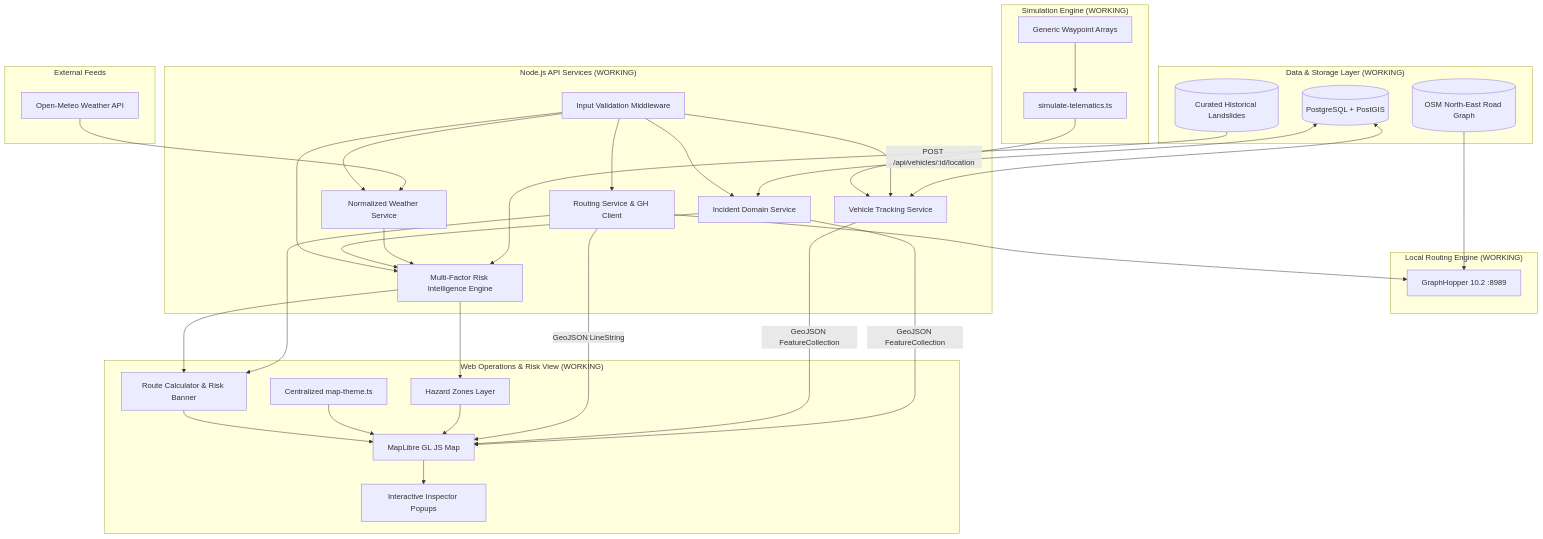
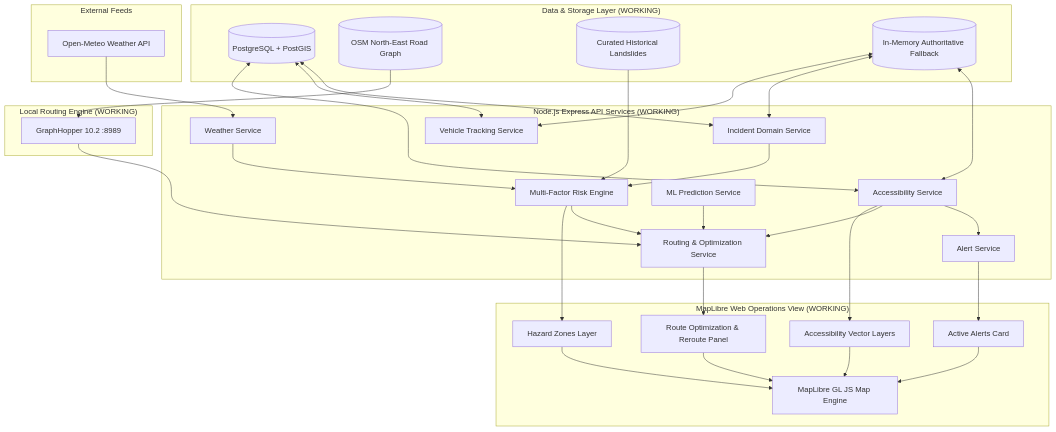
One commit to ParthKaretiya/team-saura-sih26002 changed the diagram in docs/architecture.md. Above: the diagram before and after it, drawn with Mermaid. The commit also changed other lines of this file and 3 other files, not shown here.

Commit message:
docs(accessibility): document accessibility and alert contracts

````diff
--- a/docs/architecture.md
+++ b/docs/architecture.md
@@ -32,62 +33,64 @@
 ```mermaid
 graph TD
-    %% PostGIS & Data
+    %% Storage & Data Sources
     subgraph Data_Layer ["Data & Storage Layer (WORKING)"]
         PostGIS[(PostgreSQL + PostGIS)]
         OSMGraph[(OSM North-East Road Graph)]
         HistCatalog[(Curated Historical Landslides)]
+        InMemory[(In-Memory Authoritative Fallback)]
     end
 
-    %% External Feeds
+    %% External Services
     subgraph External_Feeds ["External Feeds"]
         OpenMeteo[Open-Meteo Weather API]
     end
 
-    %% Routing Engine
+    %% Local Routing Service
     subgraph Routing_Engine ["Local Routing Engine (WORKING)"]
         GH[GraphHopper 10.2 :8989]
     end
 
-    %% Backend Services
-    subgraph API_Services ["Node.js API Services (WORKING)"]
-        WeatherSvc[Normalized Weather Service]
+    %% API Backend Layer
+    subgraph API_Services ["Node.js Express API Services (WORKING)"]
+        WeatherSvc[Weather Service]
         IncidentSvc[Incident Domain Service]
         VehicleSvc[Vehicle Tracking Service]
-        RoutingSvc[Routing Service & GH Client]
-        RiskSvc[Multi-Factor Risk Intelligence Engine]
-        Validator[Input Validation Middleware]
+        AccessibilitySvc[Accessibility Service]
+        AlertSvc[Alert Service]
+        RoutingSvc[Routing & Optimization Service]
+        RiskSvc[Multi-Factor Risk Engine]
+        MLSvc[ML Prediction Service]
     end
 
-    %% Telemetry Simulation
-    subgraph Sim_Engine ["Simulation Engine (WORKING)"]
-        Waypoints[Generic Waypoint Arrays] --> SimScript[simulate-telematics.ts]
-    end
-
-    %% Frontend Web
-    subgraph Web_Client ["Web Operations & Risk View (WORKING)"]
-        MapLibre[MapLibre GL JS Map]
-        ThemeCfg[Centralized map-theme.ts]
-        RouteUI[Route Calculator & Risk Banner]
+    %% Frontend Web Client
+    subgraph Web_Client ["MapLibre Web Operations View (WORKING)"]
+        MapLibre[MapLibre GL JS Map Engine]
+        RouteUI[Route Optimization & Reroute Panel]
+        AlertHUD[Active Alerts Card]
+        AccLayers[Accessibility Vector Layers]
         HazardOverlay[Hazard Zones Layer]
-        Popup[Interactive Inspector Popups]
     end
 
     OpenMeteo --> WeatherSvc
     OSMGraph --> GH
     HistCatalog --> RiskSvc
-    PostGIS <--> IncidentSvc & VehicleSvc
+    PostGIS <--> IncidentSvc & VehicleSvc & AccessibilitySvc
+    InMemory <--> AccessibilitySvc & IncidentSvc & VehicleSvc
+
     WeatherSvc --> RiskSvc
     IncidentSvc --> RiskSvc
-    RoutingSvc --> GH
+    AccessibilitySvc --> AlertSvc
+    AccessibilitySvc --> RoutingSvc
+    RiskSvc --> RoutingSvc
+    MLSvc --> RoutingSvc
+    GH --> RoutingSvc
+
     RoutingSvc --> RouteUI
-    RiskSvc --> RouteUI & HazardOverlay
-    Validator --> IncidentSvc & VehicleSvc & WeatherSvc & RoutingSvc & RiskSvc
-    SimScript -->|POST /api/vehicles/:id/location| VehicleSvc
-    IncidentSvc -->|GeoJSON FeatureCollection| MapLibre
-    VehicleSvc -->|GeoJSON FeatureCollection| MapLibre
-    RoutingSvc -->|GeoJSON LineString| MapLibre
+    AlertSvc --> AlertHUD
+    AccessibilitySvc --> AccLayers
+    RiskSvc --> HazardOverlay
+    RouteUI --> MapLibre
+    AlertHUD --> MapLibre
+    AccLayers --> MapLibre
     HazardOverlay --> MapLibre
-    ThemeCfg --> MapLibre
-    RouteUI --> MapLibre
-    MapLibre --> Popup
 ```
````
